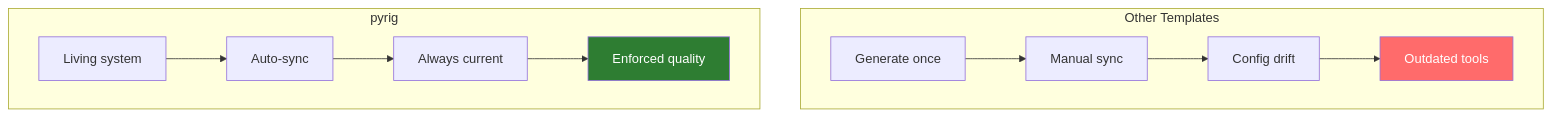
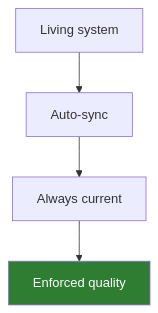
One commit to Winipedia/pyrig changed the fourth of 5 diagrams in README.md. Above: the diagram before and after it, drawn with Mermaid. The commit also changed other lines of this file and 32 other files, not shown here.

````diff
--- a/README.md
+++ b/README.md
@@ -144,17 +169,7 @@
 ```mermaid
 graph TB
-    subgraph "Other Templates"
-        O1[Generate once] --> O2[Manual sync]
-        O2 --> O3[Config drift]
-        O3 --> O4[Outdated tools]
-    end
-
-    subgraph "pyrig"
-        P1[Living system] --> P2[Auto-sync]
-        P2 --> P3[Always current]
-        P3 --> P4[Enforced quality]
-    end
-
-    style O4 fill:#FF6B6B,color:#fff
+    P1[Living system] --> P2[Auto-sync]
+    P2 --> P3[Always current]
+    P3 --> P4[Enforced quality]
     style P4 fill:#2E7D32,color:#fff
 ```
````
